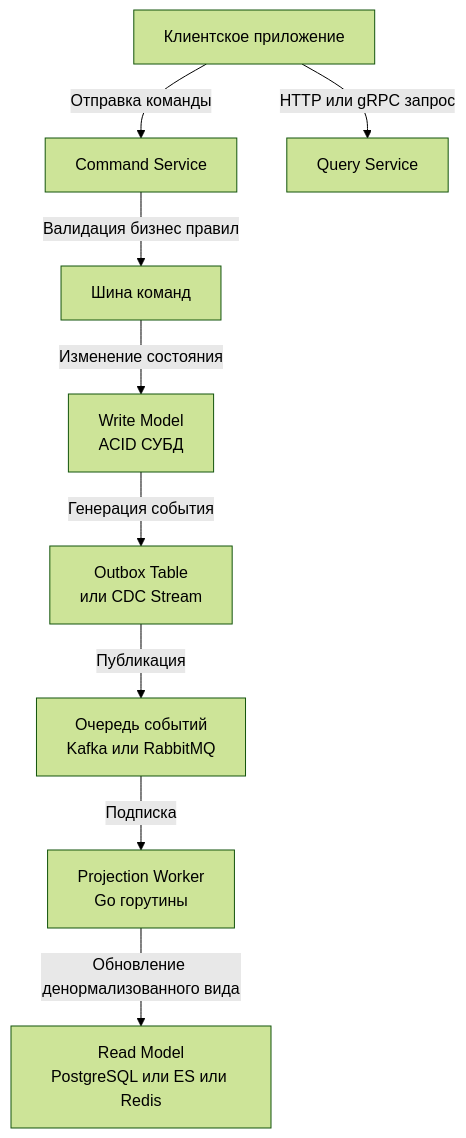
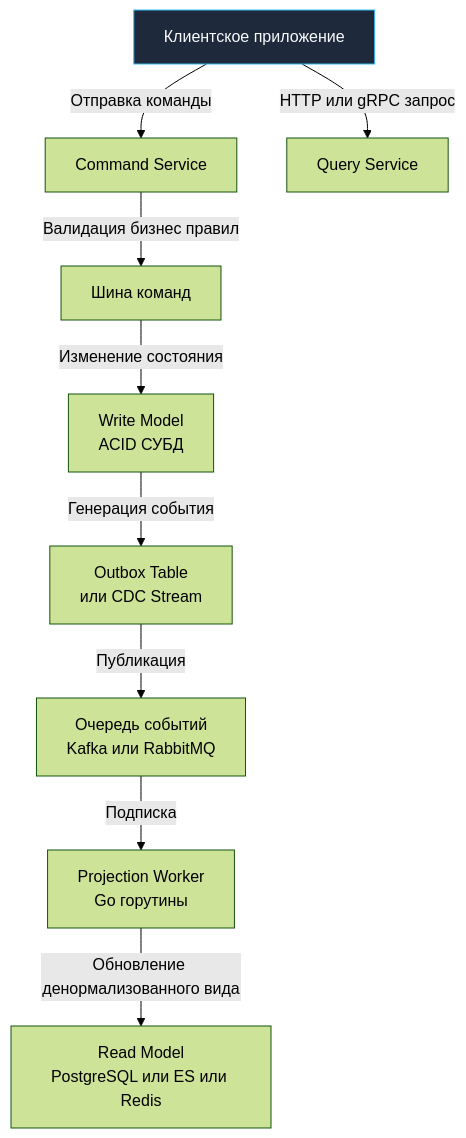
The diagram in sources/12. Базы данных/10. Практика и архитектура/8. CQRS и базы данных.md (UnrealTemplier/go-textbook), drawn with Mermaid (forest theme) before and after one commit. The commit also changed 1666 other files, not shown here.

First line of the commit message:
feat(mermaid): add semantic color classDef to 1369 colorless flowchart/graph diagrams

````diff
--- a/sources/12. Базы данных/10. Практика и архитектура/8. CQRS и базы данных.md
+++ b/sources/12. Базы данных/10. Практика и архитектура/8. CQRS и базы данных.md
@@ -28,11 +28,21 @@
 ```mermaid
 flowchart TD
-    Client["Клиентское приложение"] -->|"Отправка команды"| Cmd["Command Service"]
+    classDef process  fill:#1e293b,stroke:#38bdf8,stroke-width:1px,color:#f8fafc
+    classDef success  fill:#064e3b,stroke:#34d399,stroke-width:1px,color:#f8fafc
+    classDef error    fill:#7f1d1d,stroke:#f87171,stroke-width:1px,color:#f8fafc
+    classDef warning  fill:#78350f,stroke:#fbbf24,stroke-width:1px,color:#f8fafc
+    classDef entry    fill:#1e3a5f,stroke:#38bdf8,stroke-width:2px,color:#f8fafc
+    classDef aux      fill:#334155,stroke:#64748b,stroke-width:1px,color:#f8fafc
+    classDef system   fill:#312e81,stroke:#a78bfa,stroke-width:1px,color:#f8fafc
+    classDef data     fill:#132d29,stroke:#2dd4bf,stroke-width:1px,color:#f8fafc
+    classDef network  fill:#881337,stroke:#fb7185,stroke-width:1px,color:#f8fafc
+    classDef accent   fill:#1e1b4b,stroke:#818cf8,stroke-width:1px,color:#f8fafc
+    Client["Клиентское приложение"]:::process -->|"Отправка команды"| Cmd["Command Service"]
     Cmd -->|"Валидация бизнес правил"| Bus["Шина команд"]
     Bus -->|"Изменение состояния"| WriteDB["Write Model<br>ACID СУБД"]
     WriteDB -->|"Генерация события"| Outbox["Outbox Table<br>или CDC Stream"]
     Outbox -->|"Публикация"| MQ["Очередь событий<br>Kafka или RabbitMQ"]
     MQ -->|"Подписка"| Proj["Projection Worker<br>Go горутины"]
     Proj -->|"Обновление денормализованного вида"| ReadDB["Read Model<br>PostgreSQL или ES или Redis"]
     Client -->|"HTTP или gRPC запрос"| Query["Query Service"]
 ```
````
